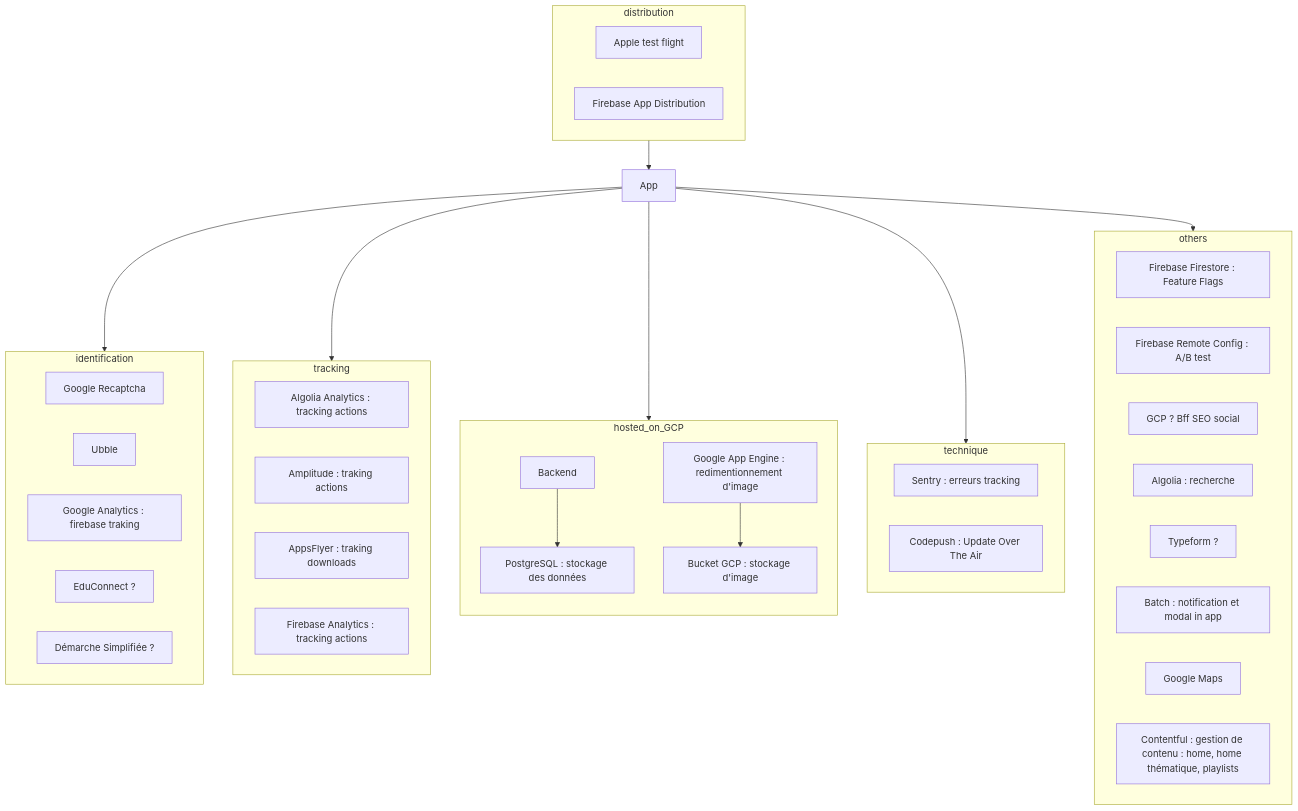
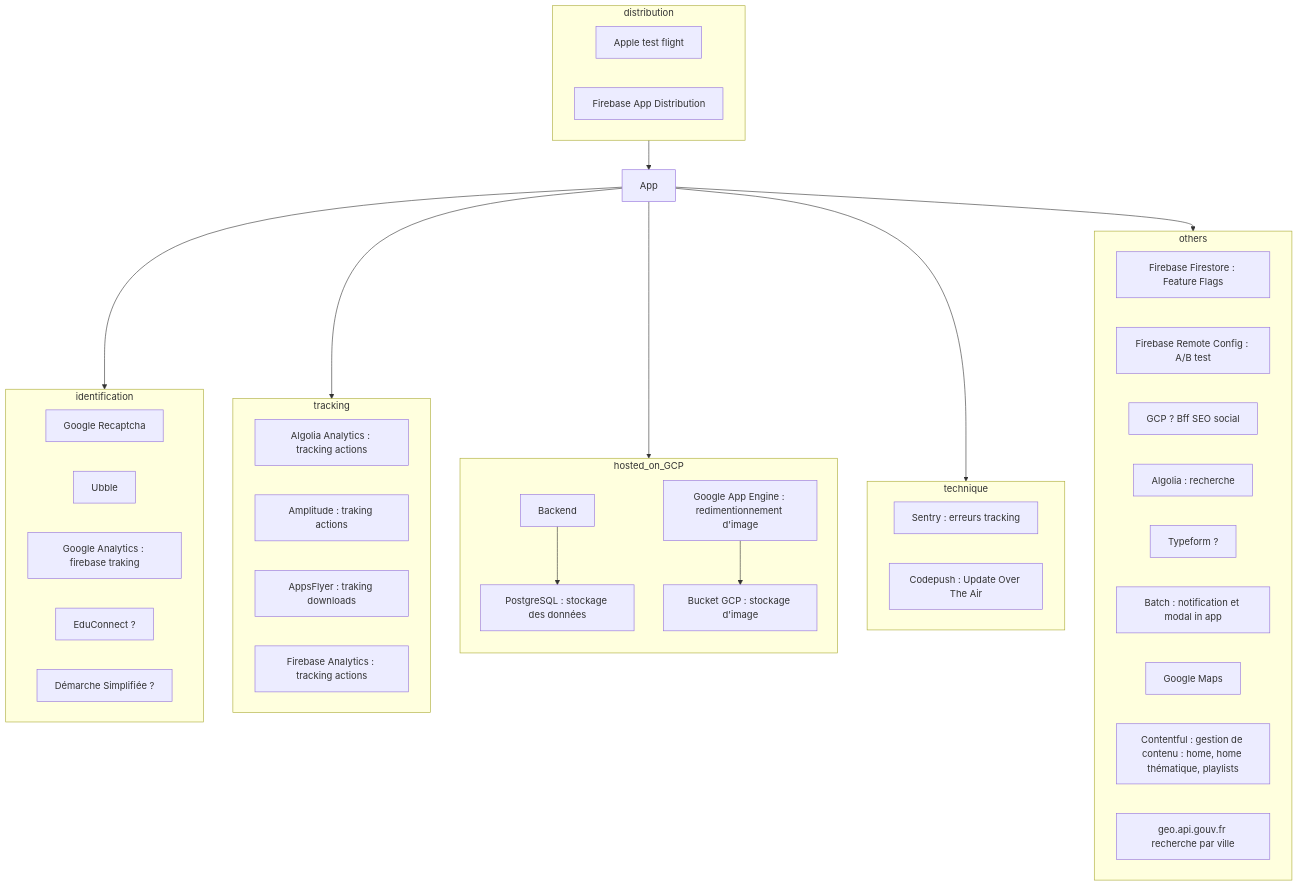
One commit to pass-culture/pass-culture-app-native changed the first of 2 diagrams in doc/architecture/input-output-externe.md. Above: the diagram before and after it, drawn with Mermaid. The commit also changed other lines of this file, not shown here.

````diff
--- a/doc/architecture/input-output-externe.md
+++ b/doc/architecture/input-output-externe.md
@@ -3,44 +3,45 @@
 ```mermaid
 flowchart TB
   App["App"]
   subgraph identification
     Google_Recaptcha["Google Recaptcha"]
     Ubble["Ubble"]
     Google["Google SSO"]
     Educonnect["EduConnect ?"]
     DMS["Démarche Simplifiée ?"]
   end
   subgraph tracking
     Algolia_Analytics["Algolia Analytics : tracking actions"]
     Amplitude["Amplitude : traking actions"]
     AppsFlyer["AppsFlyer : traking downloads"]
     Firebase_Analytics["Firebase Analytics : tracking actions"]
   end
   subgraph hosted_on_GCP
     direction TB
 
     Backend["Backend"] --> Postgresql["PostgreSQL : stockage des données"]
     image_resize["Google App Engine : redimentionnement d'image"] --> bucket_image["Bucket GCP : stockage d'image"]
   end
   subgraph technique
     Sentry["Sentry : erreurs tracking"]
     Codepush["Codepush : Update Over The Air"]
   end
   subgraph distribution
     Apple["Apple test flight"]
     Firebase_App_Distribution["Firebase App Distribution"]
   end
   subgraph others
     Firebase_Firestore["Firebase Firestore : Feature Flags"]
     Firebase_Remote_Config["Firebase Remote Config : A/B test"]
     Google["Google Analytics : firebase traking"]
     GCP["GCP ? Bff SEO social"]
     Algolia["Algolia : recherche"]
     Typeform["Typeform ?"]
     Batch["Batch : notification et modal in app"]
     Google_Maps["Google Maps"]
     Contentful["Contentful : gestion de contenu : home, home thématique, playlists"]
+    geo_api_gouv["geo.api.gouv.fr recherche par ville"]
   end
   distribution --> App
   App --> identification & tracking & hosted_on_GCP & technique & others
 ```
````
